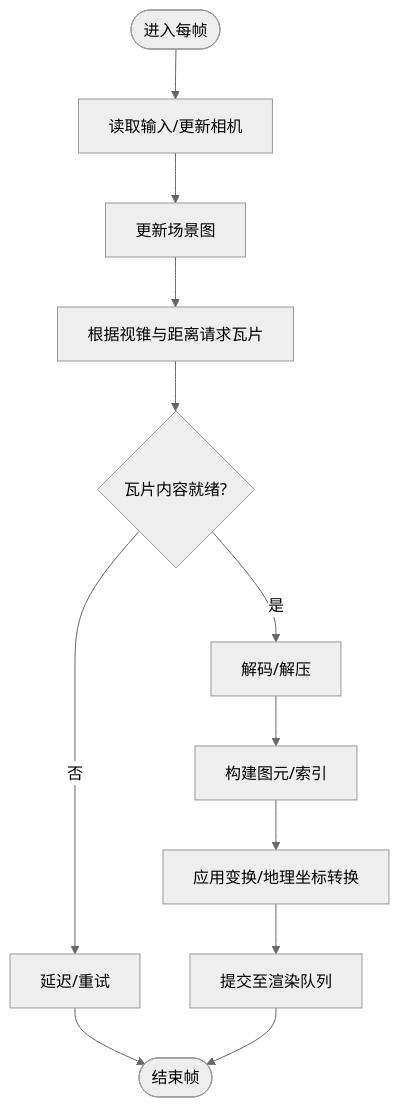
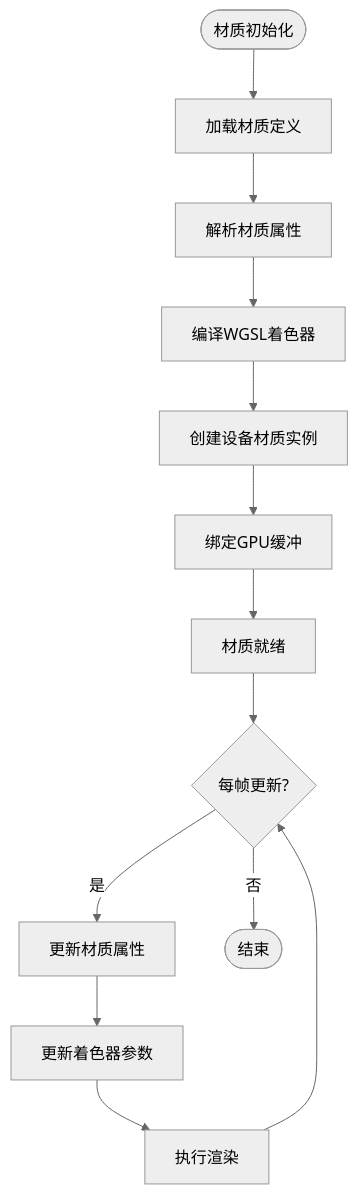
One commit to rzhangjing/cesium changed the fourth of 5 diagrams in .qoder/repowiki/zh/content/项目概述/核心特性/3D渲染引擎/Bevy渲染适配器.md. Above: the diagram before and after it, drawn with Mermaid (neutral theme). The commit also changed other lines of this file and 30 other files, not shown here.

````diff
--- a/.qoder/repowiki/zh/content/项目概述/核心特性/3D渲染引擎/Bevy渲染适配器.md
+++ b/.qoder/repowiki/zh/content/项目概述/核心特性/3D渲染引擎/Bevy渲染适配器.md
@@ -246,14 +313,15 @@
 ```mermaid
 flowchart TD
-Start(["进入每帧"]) --> ReadInput["读取输入/更新相机"]
-ReadInput --> UpdateScene["更新场景图"]
-UpdateScene --> RequestTiles["根据视锥与距离请求瓦片"]
-RequestTiles --> LoadContent{"瓦片内容就绪?"}
-LoadContent --> |否| Defer["延迟/重试"]
-LoadContent --> |是| Decode["解码/解压"]
-Decode --> BuildMesh["构建图元/索引"]
-BuildMesh --> ApplyTransforms["应用变换/地理坐标转换"]
-ApplyTransforms --> Submit["提交至渲染队列"]
-Defer --> End(["结束帧"])
-Submit --> End
+Start(["材质初始化"]) --> LoadDef["加载材质定义"]
+LoadDef --> ParseProps["解析材质属性"]
+ParseProps --> CompileShader["编译WGSL着色器"]
+CompileShader --> CreateInstance["创建设备材质实例"]
+CreateInstance --> BindBuffers["绑定GPU缓冲"]
+BindBuffers --> Ready["材质就绪"]
+Ready --> UpdateLoop{"每帧更新?"}
+UpdateLoop --> |是| UpdateProps["更新材质属性"]
+UpdateProps --> UpdateShader["更新着色器参数"]
+UpdateShader --> Render["执行渲染"]
+Render --> UpdateLoop
+UpdateLoop --> |否| End(["结束"])
 ```
````
